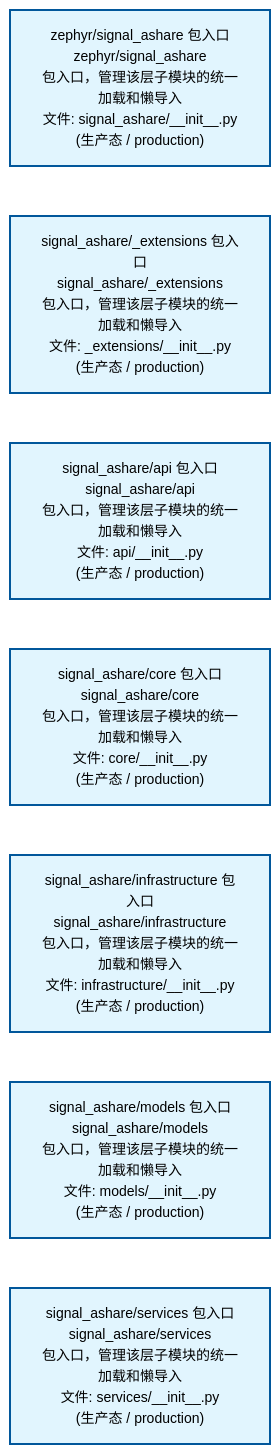
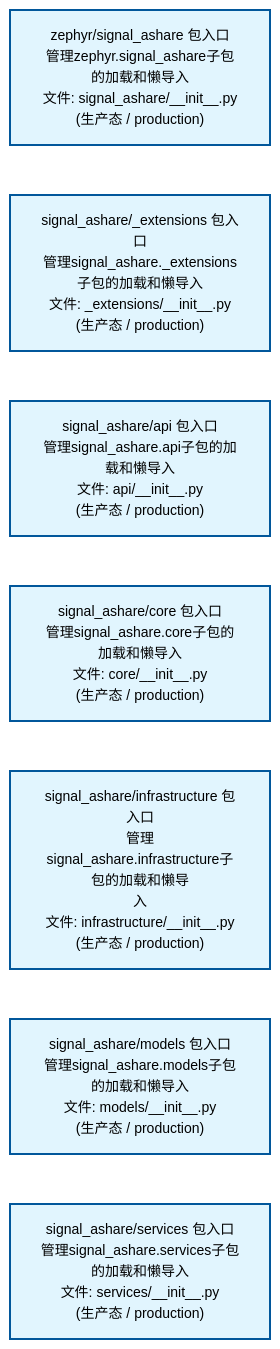
The second of 4 diagrams in docs/02_enterprise_architecture/02_domain_architecture_docs/32_d_ashare_signal.md (xuanFelixVan/ZephyrAlpha), drawn with Mermaid before and after one commit. The commit also changed other lines of this file and 59 other files, not shown here.

````diff
--- a/docs/02_enterprise_architecture/02_domain_architecture_docs/32_d_ashare_signal.md
+++ b/docs/02_enterprise_architecture/02_domain_architecture_docs/32_d_ashare_signal.md
@@ -107,22 +107,22 @@
 ```mermaid
 %%{init: {'theme': 'base', 'themeVariables': {'primaryColor': '#eaeaea', 'primaryTextColor': '#333333', 'primaryBorderColor': '#666666', 'lineColor': '#666666', 'secondaryColor': '#eaeaea', 'tertiaryColor': '#eaeaea', 'fontSize': '14px'}}}%%
 flowchart TD
-    src_zephyr_signal_ashare_init_py["zephyr/signal_ashare 包入口<br/>zephyr/signal_ashare<br/>包入口，管理该层子模块的统一加载和懒导入<br/>文件: signal_ashare/__init__.py<br/>(生产态 / production)"]
-    src_zephyr_signal_ashare_extensions_init_py["signal_ashare/_extensions 包入口<br/>signal_ashare/_extensions<br/>包入口，管理该层子模块的统一加载和懒导入<br/>文件: _extensions/__init__.py<br/>(生产态 / production)"]
-    src_zephyr_signal_ashare_api_init_py["signal_ashare/api 包入口<br/>signal_ashare/api<br/>包入口，管理该层子模块的统一加载和懒导入<br/>文件: api/__init__.py<br/>(生产态 / production)"]
-    src_zephyr_signal_ashare_core_init_py["signal_ashare/core 包入口<br/>signal_ashare/core<br/>包入口，管理该层子模块的统一加载和懒导入<br/>文件: core/__init__.py<br/>(生产态 / production)"]
-    src_zephyr_signal_ashare_infrastructure_init_py["signal_ashare/infrastructure 包入口<br/>signal_ashare/infrastructure<br/>包入口，管理该层子模块的统一加载和懒导入<br/>文件: infrastructure/__init__.py<br/>(生产态 / production)"]
-    src_zephyr_signal_ashare_models_init_py["signal_ashare/models 包入口<br/>signal_ashare/models<br/>包入口，管理该层子模块的统一加载和懒导入<br/>文件: models/__init__.py<br/>(生产态 / production)"]
-    src_zephyr_signal_ashare_services_init_py["signal_ashare/services 包入口<br/>signal_ashare/services<br/>包入口，管理该层子模块的统一加载和懒导入<br/>文件: services/__init__.py<br/>(生产态 / production)"]
+    src_zephyr_signal_ashare_init_py["zephyr/signal_ashare 包入口<br/>管理zephyr.signal_ashare子包的加载和懒导入<br/>文件: signal_ashare/__init__.py<br/>(生产态 / production)"]
+    src_zephyr_signal_ashare_extensions_init_py["signal_ashare/_extensions 包入口<br/>管理signal_ashare._extensions子包的加载和懒导入<br/>文件: _extensions/__init__.py<br/>(生产态 / production)"]
+    src_zephyr_signal_ashare_api_init_py["signal_ashare/api 包入口<br/>管理signal_ashare.api子包的加载和懒导入<br/>文件: api/__init__.py<br/>(生产态 / production)"]
+    src_zephyr_signal_ashare_core_init_py["signal_ashare/core 包入口<br/>管理signal_ashare.core子包的加载和懒导入<br/>文件: core/__init__.py<br/>(生产态 / production)"]
+    src_zephyr_signal_ashare_infrastructure_init_py["signal_ashare/infrastructure 包入口<br/>管理signal_ashare.infrastructure子包的加载和懒导<br/>入<br/>文件: infrastructure/__init__.py<br/>(生产态 / production)"]
+    src_zephyr_signal_ashare_models_init_py["signal_ashare/models 包入口<br/>管理signal_ashare.models子包的加载和懒导入<br/>文件: models/__init__.py<br/>(生产态 / production)"]
+    src_zephyr_signal_ashare_services_init_py["signal_ashare/services 包入口<br/>管理signal_ashare.services子包的加载和懒导入<br/>文件: services/__init__.py<br/>(生产态 / production)"]
     src_zephyr_signal_ashare_init_py ~~~ src_zephyr_signal_ashare_extensions_init_py
     src_zephyr_signal_ashare_extensions_init_py ~~~ src_zephyr_signal_ashare_api_init_py
     src_zephyr_signal_ashare_api_init_py ~~~ src_zephyr_signal_ashare_core_init_py
     src_zephyr_signal_ashare_core_init_py ~~~ src_zephyr_signal_ashare_infrastructure_init_py
     src_zephyr_signal_ashare_infrastructure_init_py ~~~ src_zephyr_signal_ashare_models_init_py
     src_zephyr_signal_ashare_models_init_py ~~~ src_zephyr_signal_ashare_services_init_py
     classDef production fill:#e1f5fe,stroke:#01579b,stroke-width:2px,color:#000
     classDef design fill:#fff3e0,stroke:#e65100,stroke-width:2px,color:#000,stroke-dasharray: 5 5
     classDef external_prod fill:#e8f4fd,stroke:#0277bd,stroke-width:1px,color:#000
     classDef external_design fill:#fff8e7,stroke:#ef6c00,stroke-width:1px,color:#000,stroke-dasharray: 5 5
     class src_zephyr_signal_ashare_init_py,src_zephyr_signal_ashare_extensions_init_py,src_zephyr_signal_ashare_api_init_py,src_zephyr_signal_ashare_core_init_py,src_zephyr_signal_ashare_infrastructure_init_py,src_zephyr_signal_ashare_models_init_py,src_zephyr_signal_ashare_services_init_py production
 ```
````
